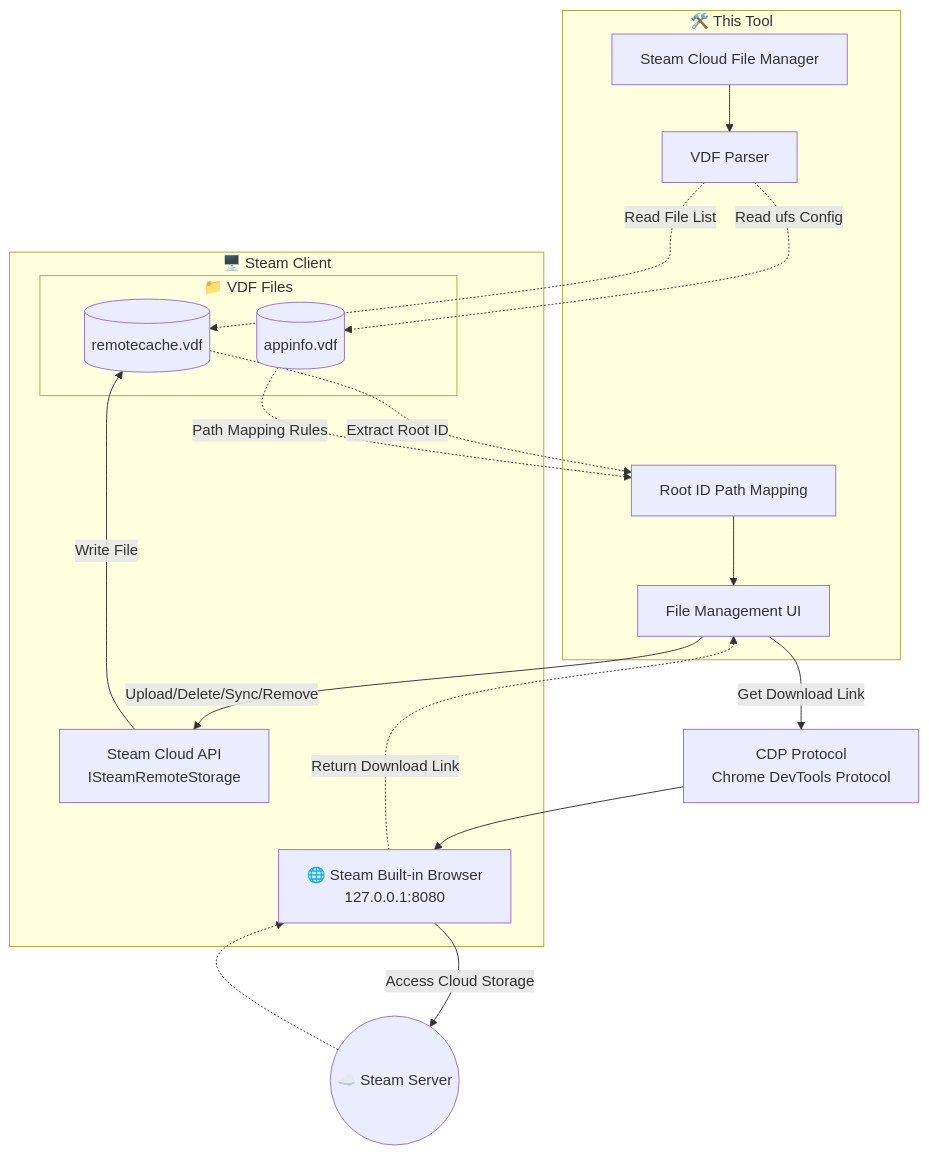
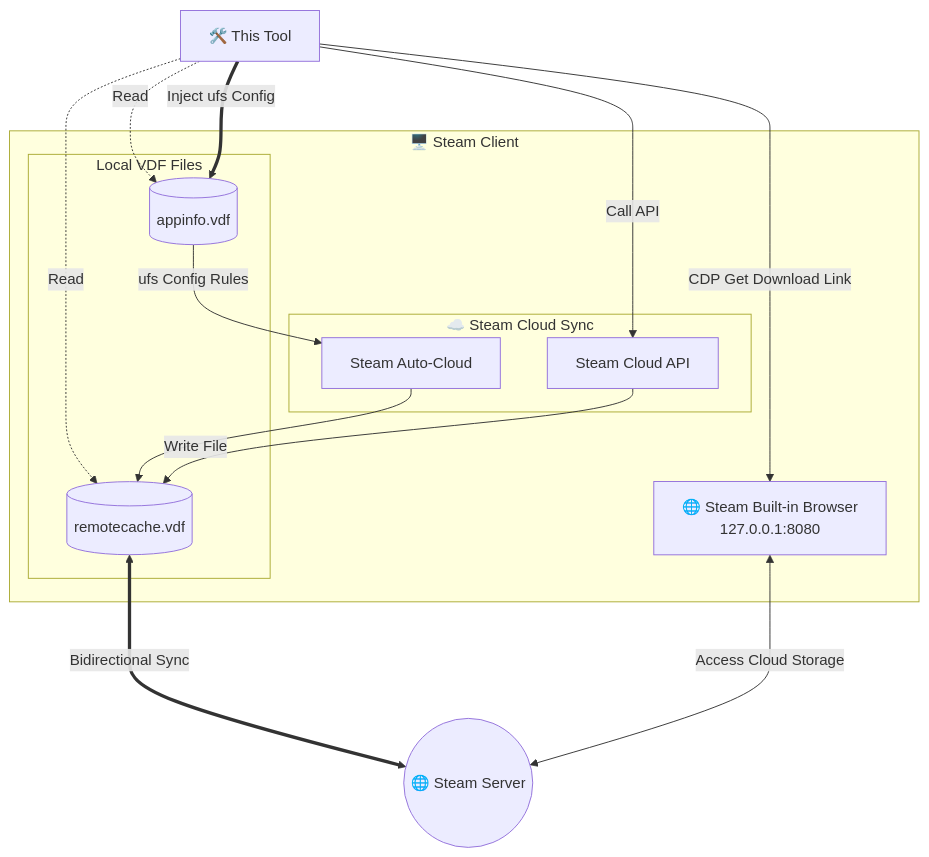
The second of 4 diagrams in README.en.md (Fldicoahkiin/SteamCloudFileManager), drawn with Mermaid before and after one commit. The commit also changed other lines of this file and 2 other files, not shown here.

Commit message:
docs: 更新 README 文档，完善 UFS 配置管理功能说明

````diff
--- a/README.en.md
+++ b/README.en.md
@@ -301,42 +296,34 @@
 ```mermaid
 graph TB
-    subgraph tool["🛠️ This Tool"]
-        App["Steam Cloud File Manager"]
-        Parser["VDF Parser"]
-        Resolver["Root ID Path Mapping"]
-        UI["File Management UI"]
-    end
+    Tool["🛠️ This Tool"]
     
     subgraph client["🖥️ Steam Client"]
-        subgraph vdf["📁 VDF Files"]
+        subgraph vdf["Local VDF Files"]
             AppInfo[(appinfo.vdf)]
             RemoteCache[(remotecache.vdf)]
         end
-        API["Steam Cloud API<br/>ISteamRemoteStorage"]
+        
+        subgraph sync["☁️ Steam Cloud Sync"]
+            Auto["Steam Auto-Cloud"]
+            API["Steam Cloud API"]
+        end
+        
         Browser["🌐 Steam Built-in Browser<br/>127.0.0.1:8080"]
     end
     
-    CDP["CDP Protocol<br/>Chrome DevTools Protocol"]
-    Cloud(("☁️ Steam Server"))
+    Cloud(("🌐 Steam Server"))
     
-    %% Read VDF
-    App --> Parser
-    Parser -.Read File List.-> RemoteCache
-    Parser -.Read ufs Config.-> AppInfo
+    %% This tool's operations (inject into flow)
+    Tool -.->|Read| AppInfo
+    Tool -.->|Read| RemoteCache
+    Tool ==>|Inject ufs Config| AppInfo
+    Tool -->|Call API| API
+    Tool -->|CDP Get Download Link| Browser
     
-    %% Root ID Mapping
-    RemoteCache -.Extract Root ID.-> Resolver
-    AppInfo -.Path Mapping Rules.-> Resolver
-    Resolver --> UI
-    
-    %% API Operations
-    UI -->|Upload/Delete/Sync/Remove| API
+    %% Steam internal flow
+    AppInfo -->|ufs Config Rules| Auto
+    Auto --> RemoteCache
     API -->|Write File| RemoteCache
-    
-    %% Download Link
-    UI -->|Get Download Link| CDP
-    CDP --> Browser
-    Browser -->|Access Cloud Storage| Cloud
-    Cloud -.-> Browser
-    Browser -.Return Download Link.-> UI
+    RemoteCache <===>|Bidirectional Sync| Cloud
+    Browser <-->|Access Cloud Storage| Cloud
 ```
````
